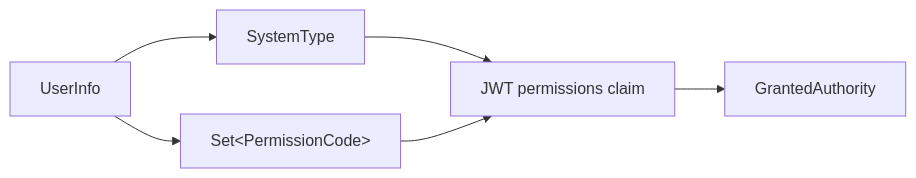
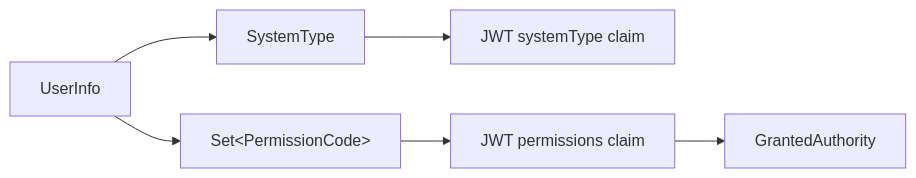
The first of 2 diagrams in docs/modules/manager/permission_model.md (bbcdabao/baosys), drawn with Mermaid before and after one commit. The commit also changed other lines of this file and 70 other files, not shown here.

````diff
--- a/docs/modules/manager/permission_model.md
+++ b/docs/modules/manager/permission_model.md
@@ -7,14 +7,15 @@
 ```mermaid
 flowchart LR
     User["UserInfo"]
     System["SystemType"]
     Permissions["Set&lt;PermissionCode&gt;"]
+    JwtSystem["JWT systemType claim"]
     JWT["JWT permissions claim"]
     Authority["GrantedAuthority"]
 
     User --> System
     User --> Permissions
-    System --> JWT
+    System --> JwtSystem
     Permissions --> JWT
     JWT --> Authority
 ```
````
